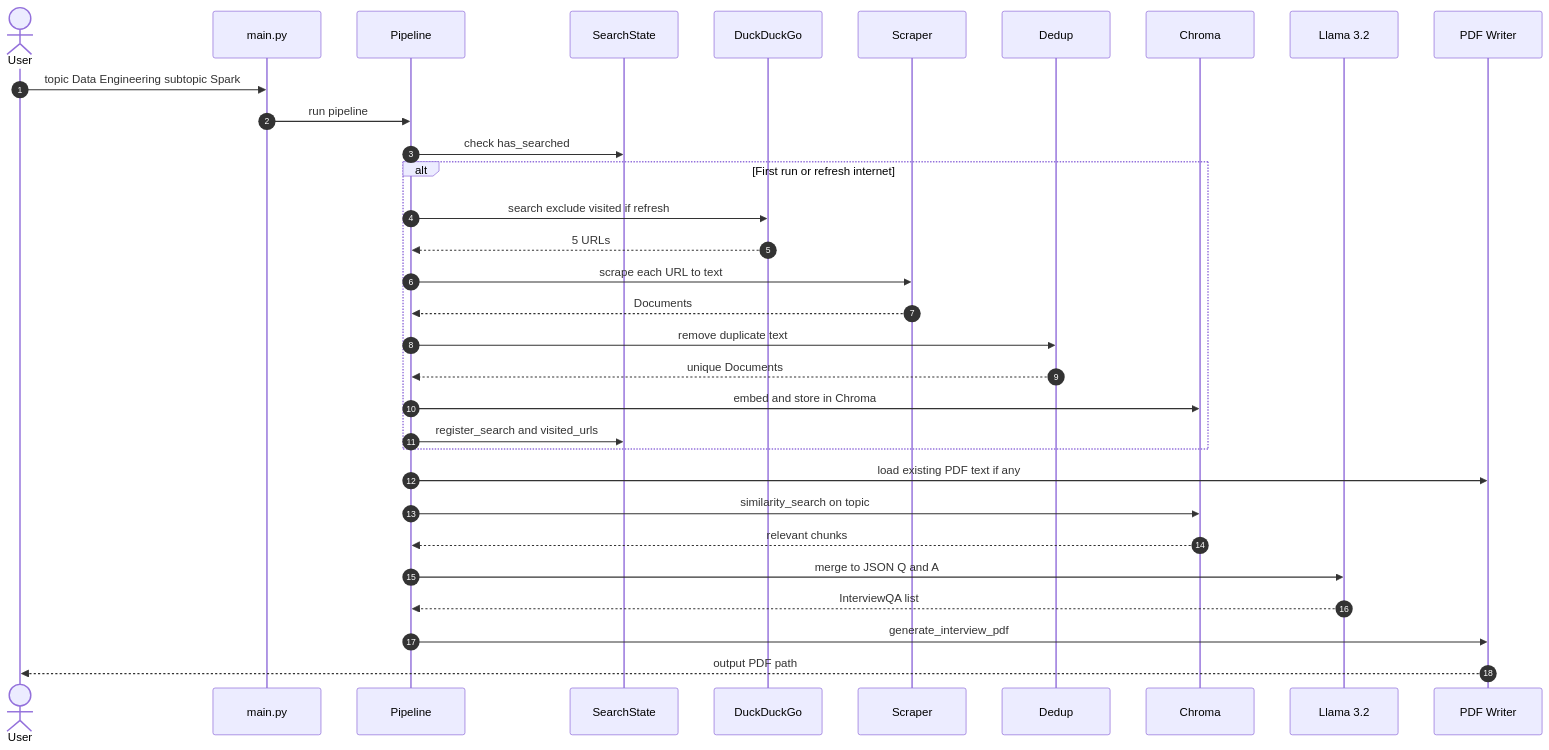
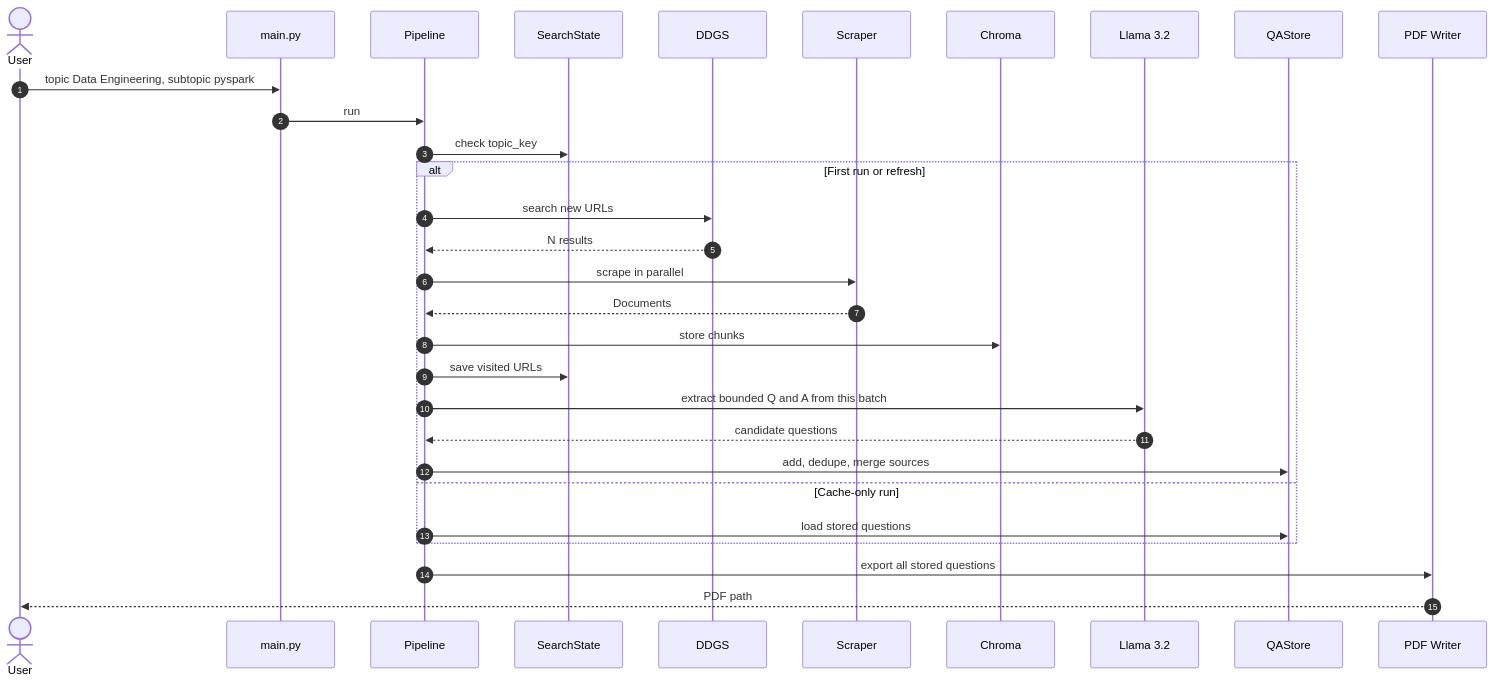
The third of 14 diagrams in docs/END_TO_END_FLOW.md (souravgupta2214/Agentic-RAG), drawn with Mermaid before and after one commit. The commit also changed other lines of this file and 1 other file, not shown here.

````diff
--- a/docs/END_TO_END_FLOW.md
+++ b/docs/END_TO_END_FLOW.md
@@ -82,37 +115,35 @@
 ```mermaid
 sequenceDiagram
     autonumber
     actor U as User
     participant CLI as main.py
     participant P as Pipeline
     participant S as SearchState
-    participant D as DuckDuckGo
+    participant D as DDGS
     participant SC as Scraper
-    participant DD as Dedup
     participant V as Chroma
     participant L as Llama 3.2
-    participant PDFW as PDF Writer
+    participant Q as QAStore
+    participant PDF as PDF Writer
 
-    U->>CLI: topic Data Engineering subtopic Spark
-    CLI->>P: run pipeline
-    P->>S: check has_searched
+    U->>CLI: topic Data Engineering, subtopic pyspark
+    CLI->>P: run
+    P->>S: check topic_key
 
-    alt First run or refresh internet
-        P->>D: search exclude visited if refresh
-        D-->>P: 5 URLs
-        P->>SC: scrape each URL to text
+    alt First run or refresh
+        P->>D: search new URLs
+        D-->>P: N results
+        P->>SC: scrape in parallel
         SC-->>P: Documents
-        P->>DD: remove duplicate text
-        DD-->>P: unique Documents
-        P->>V: embed and store in Chroma
-        P->>S: register_search and visited_urls
+        P->>V: store chunks
+        P->>S: save visited URLs
+        P->>L: extract bounded Q and A from this batch
+        L-->>P: candidate questions
+        P->>Q: add, dedupe, merge sources
+    else Cache-only run
+        P->>Q: load stored questions
     end
 
-    P->>PDFW: load existing PDF text if any
-    P->>V: similarity_search on topic
-    V-->>P: relevant chunks
-    P->>L: merge to JSON Q and A
-    L-->>P: InterviewQA list
-    P->>PDFW: generate_interview_pdf
-    PDFW-->>U: output PDF path
+    P->>PDF: export all stored questions
+    PDF-->>U: PDF path
 ```
````
